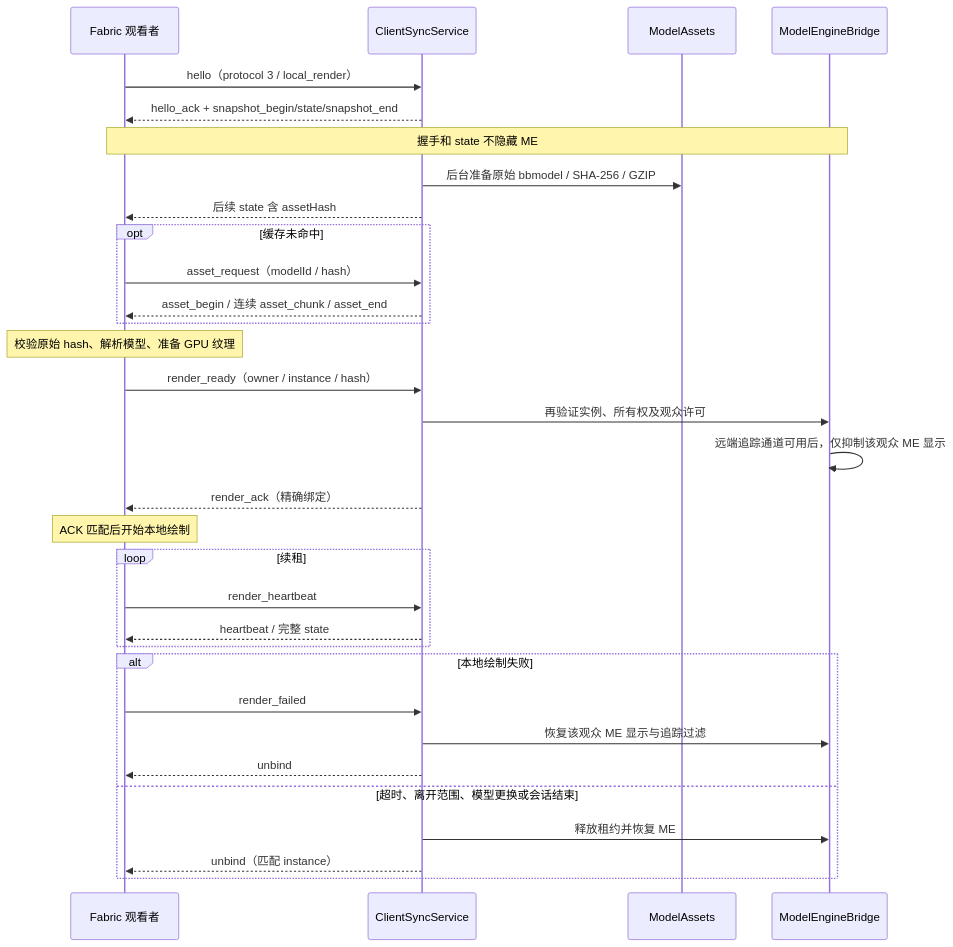
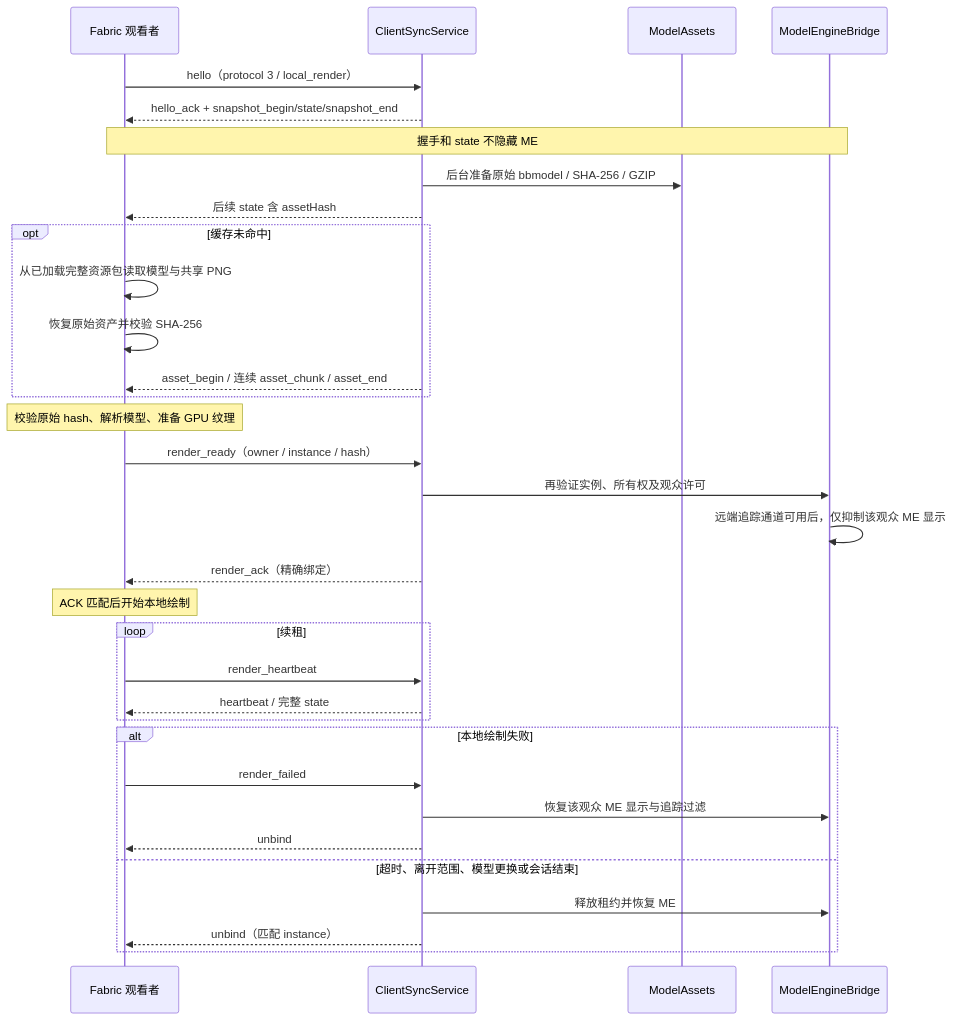
Before and after one commit to uwuhhhj/MEPlayerActions: the second of 2 diagrams in ARCHITECTURE.md, drawn with Mermaid. The commit also changed other lines of this file and 50 other files, not shown here.

````diff
--- a/ARCHITECTURE.md
+++ b/ARCHITECTURE.md
@@ -175,34 +175,35 @@
 ```mermaid
 sequenceDiagram
     participant C as Fabric 观看者
     participant S as ClientSyncService
     participant A as ModelAssets
     participant M as ModelEngineBridge
     C->>S: hello（protocol 3 / local_render）
     S-->>C: hello_ack + snapshot_begin/state/snapshot_end
     Note over C,M: 握手和 state 不隐藏 ME
     S->>A: 后台准备原始 bbmodel / SHA-256 / GZIP
     S-->>C: 后续 state 含 assetHash
     opt 缓存未命中
-        C->>S: asset_request（modelId / hash）
+        C->>C: 从已加载完整资源包读取模型与共享 PNG
+        C->>C: 恢复原始资产并校验 SHA-256
         S-->>C: asset_begin / 连续 asset_chunk / asset_end
     end
     Note over C: 校验原始 hash、解析模型、准备 GPU 纹理
     C->>S: render_ready（owner / instance / hash）
     S->>M: 再验证实例、所有权及观众许可
     M->>M: 远端追踪通道可用后，仅抑制该观众 ME 显示
     S-->>C: render_ack（精确绑定）
     Note over C: ACK 匹配后开始本地绘制
     loop 续租
         C->>S: render_heartbeat
         S-->>C: heartbeat / 完整 state
     end
     alt 本地绘制失败
         C->>S: render_failed
         S->>M: 恢复该观众 ME 显示与追踪过滤
         S-->>C: unbind
     else 超时、离开范围、模型更换或会话结束
         S->>M: 释放租约并恢复 ME
         S-->>C: unbind（匹配 instance）
     end
 ```
````
